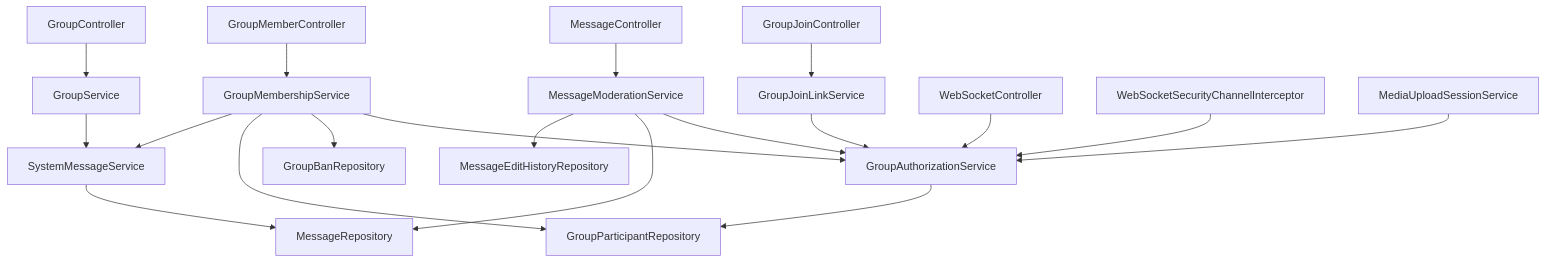
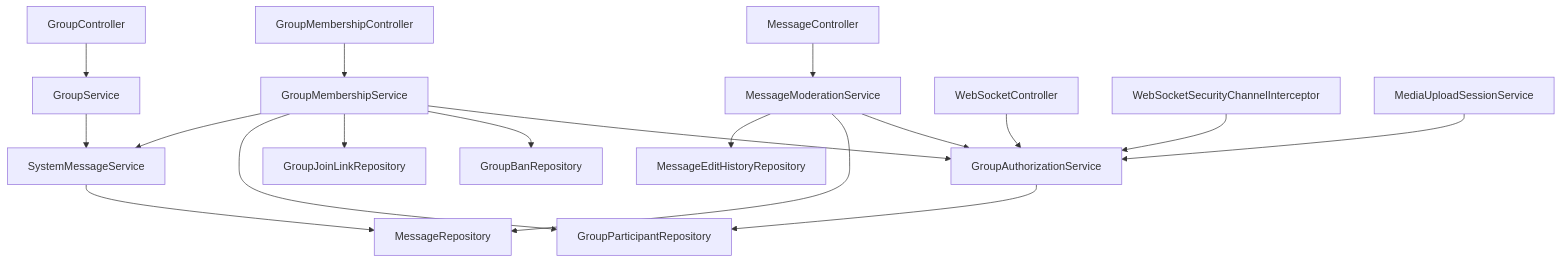
The diagram in docs/15_GROUP_ROLES_AND_PERMISSIONS.md (anhtuta/chat-app), drawn with Mermaid before and after one commit. The commit also changed other lines of this file and 16 other files, not shown here.

````diff
--- a/docs/15_GROUP_ROLES_AND_PERMISSIONS.md
+++ b/docs/15_GROUP_ROLES_AND_PERMISSIONS.md
@@ -291,21 +291,20 @@
 ```mermaid
 flowchart TB
     GroupController --> GroupService
-    GroupMemberController --> GroupMembershipService
-    GroupJoinController --> GroupJoinLinkService
+    GroupMembershipController --> GroupMembershipService
     MessageController --> MessageModerationService
     WebSocketController --> GroupAuthorizationService
     WebSocketSecurityChannelInterceptor --> GroupAuthorizationService
     MediaUploadSessionService --> GroupAuthorizationService
     GroupMembershipService --> GroupAuthorizationService
-    GroupJoinLinkService --> GroupAuthorizationService
     MessageModerationService --> GroupAuthorizationService
     GroupAuthorizationService --> GroupParticipantRepository
     GroupMembershipService --> GroupBanRepository
+    GroupMembershipService --> GroupJoinLinkRepository
     GroupMembershipService --> GroupParticipantRepository
     GroupMembershipService --> SystemMessageService
     GroupService --> SystemMessageService
     MessageModerationService --> MessageRepository
     MessageModerationService --> MessageEditHistoryRepository
     SystemMessageService --> MessageRepository
 ```
````
